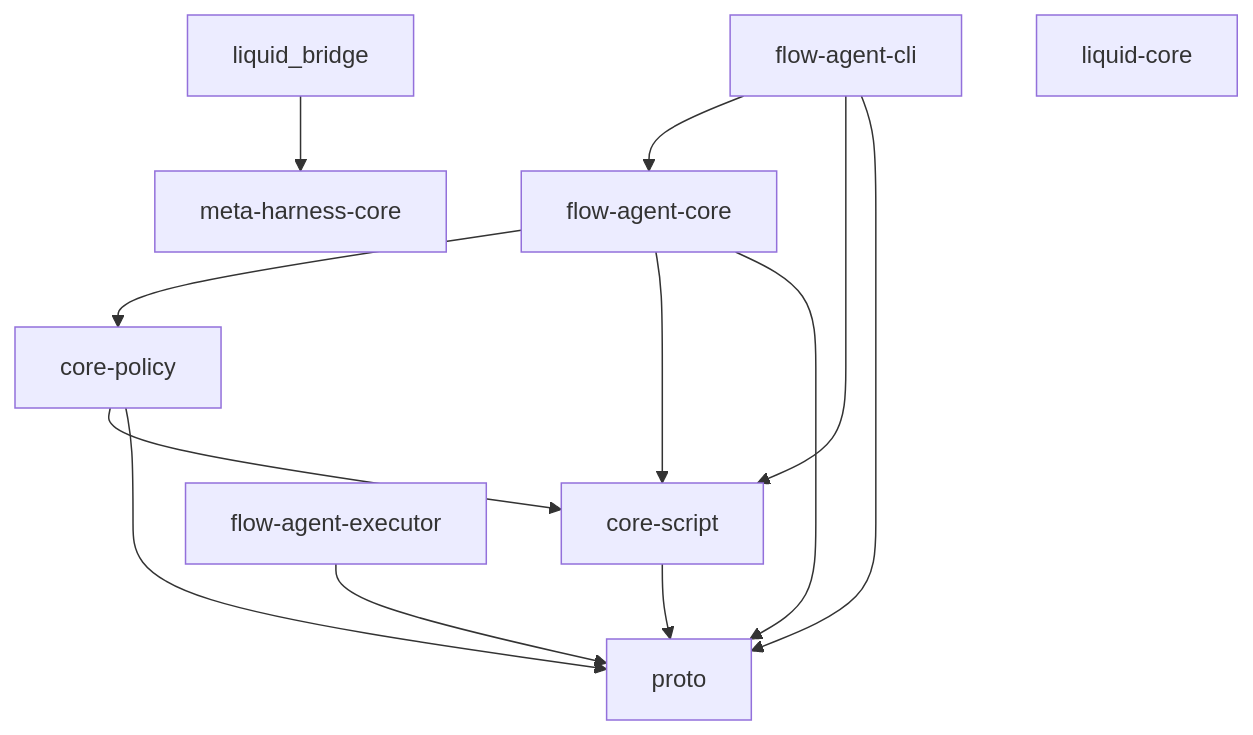
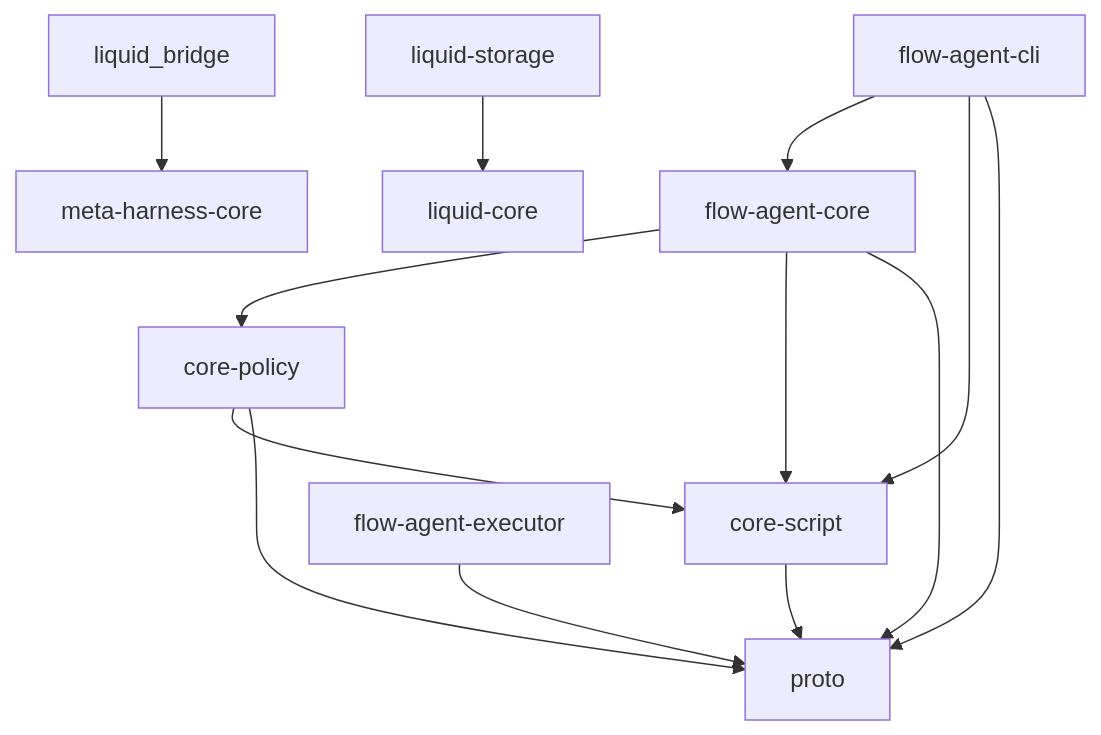
One commit to Open-Equilibrium/watershed changed the first of 3 diagrams in docs/architecture.md. Above: the diagram before and after it, drawn with Mermaid. The commit also changed 27 other files, not shown here.

````diff
--- a/docs/architecture.md
+++ b/docs/architecture.md
@@ -9,15 +9,15 @@
 ```mermaid
 flowchart TD
   C[flow-agent-cli] --> F[flow-agent-core]
   C --> S[core-script]
   C --> R[proto]
   E[flow-agent-executor] --> R
   F --> P[core-policy]
   F --> S
   F --> R
   P --> S
   P --> R
   S --> R
   L[liquid_bridge] --> M[meta-harness-core]
-  LC[liquid-core]
+  LS[liquid-storage] --> LC[liquid-core]
 ```
````
